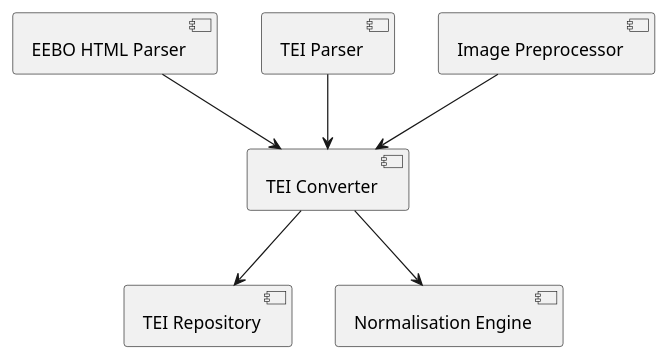
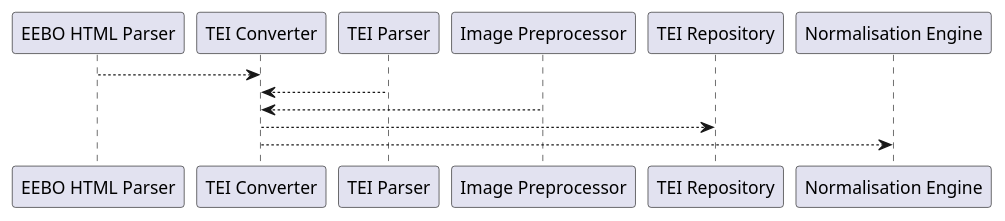
The diagram in docs/uml/connections/processing.puml (leegee/mutatis-mutandis), drawn with PlantUML before and after one commit. The commit also changed other lines of this file and 12 other files, not shown here.

```diff
--- a/docs/uml/connections/processing.puml
+++ b/docs/uml/connections/processing.puml
@@ -1,9 +1,8 @@
-
 ' Ingestion → Processing Pipeline
-[EEBO HTML Parser] --> [TEI Converter]
-[TEI Parser] --> [TEI Converter]
-[Image Preprocessor] --> [TEI Converter]
+"EEBO HTML Parser" --> "TEI Converter"
+"TEI Parser" --> "TEI Converter"
+"Image Preprocessor" --> "TEI Converter"
 
 ' TEI Converter → Storage
-[TEI Converter] --> [TEI Repository]
-[TEI Converter] --> [Normalisation Engine]
+"TEI Converter" --> "TEI Repository"
+"TEI Converter" --> "Normalisation Engine"
```
